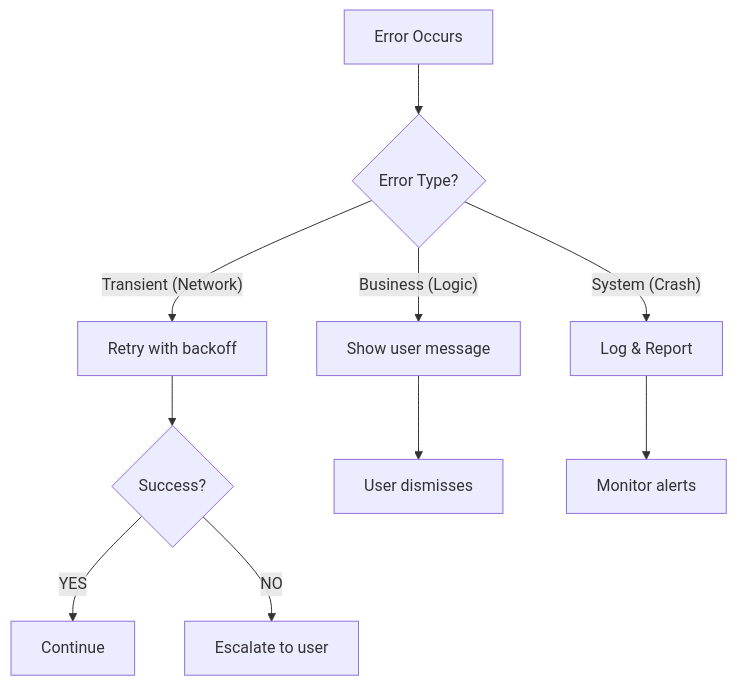
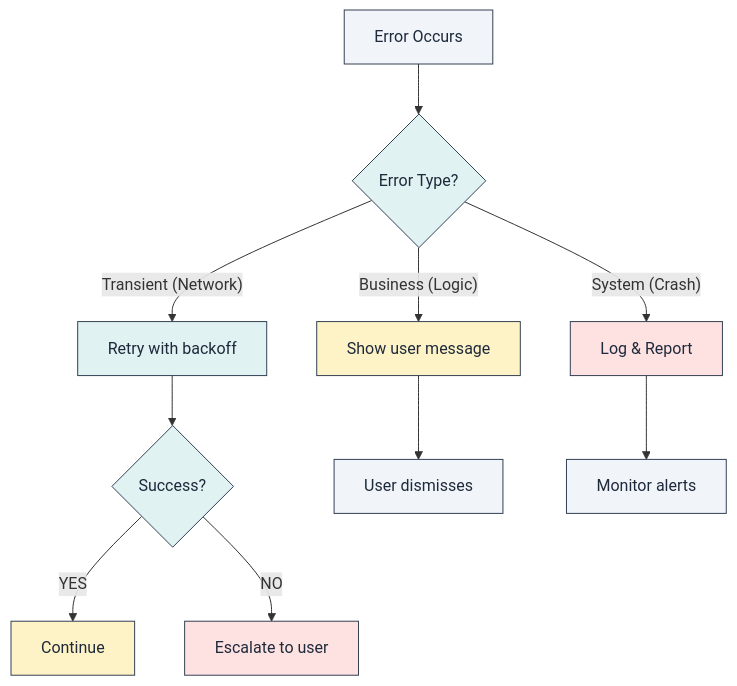
One commit to lploc94/flutter_orchestrator changed the tenth of 14 diagrams in book/chapters/07_best_practices.md. Above: the diagram before and after it, drawn with Mermaid. The commit also changed other lines of this file and 4 other files, not shown here.

````diff
--- a/book/chapters/07_best_practices.md
+++ b/book/chapters/07_best_practices.md
@@ -243,15 +304,26 @@
 ```mermaid
 flowchart TD
     Error["Error Occurs"] --> Type{"Error Type?"}
     
     Type -->|"Transient (Network)"| Retry["Retry with backoff"]
     Type -->|"Business (Logic)"| UserMessage["Show user message"]
     Type -->|"System (Crash)"| Log["Log & Report"]
     
     Retry --> Success{"Success?"}
     Success -->|"YES"| Continue["Continue"]
     Success -->|"NO"| Escalate["Escalate to user"]
     
     UserMessage --> Dismiss["User dismisses"]
     Log --> Monitor["Monitor alerts"]
+    
+    style Error fill:#f1f5f9,stroke:#334155,color:#1e293b
+    style Type fill:#e0f2f1,stroke:#334155,color:#1e293b
+    style Retry fill:#e0f2f1,stroke:#334155,color:#1e293b
+    style UserMessage fill:#fef3c7,stroke:#334155,color:#1e293b
+    style Log fill:#fee2e2,stroke:#334155,color:#1e293b
+    style Success fill:#e0f2f1,stroke:#334155,color:#1e293b
+    style Continue fill:#fef3c7,stroke:#334155,color:#1e293b
+    style Escalate fill:#fee2e2,stroke:#334155,color:#1e293b
+    style Dismiss fill:#f1f5f9,stroke:#334155,color:#1e293b
+    style Monitor fill:#f1f5f9,stroke:#334155,color:#1e293b
 ```
````
